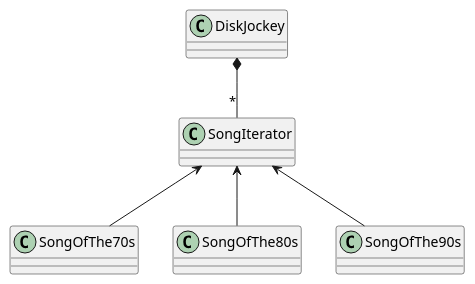
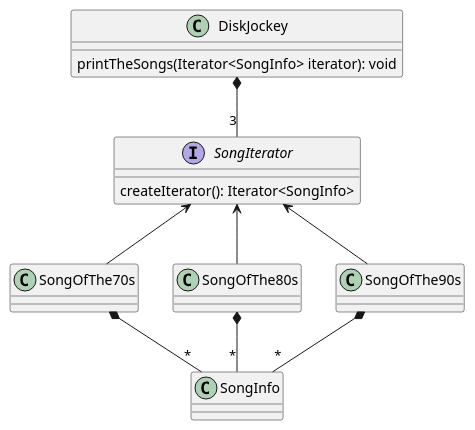
Before and after one commit to yvanross/LOG121-GOF-exemples: the diagram in src/main/java/PatronIterateur/Songs/README.md, drawn with PlantUML. The commit also changed 5 other files, not shown here.

````diff
--- a/src/main/java/PatronIterateur/Songs/README.md
+++ b/src/main/java/PatronIterateur/Songs/README.md
@@ -3,13 +3,22 @@
 ```plantuml
 @startuml
+interface SongIterator {
+  createIterator(): Iterator<SongInfo>
+}
+class DiskJockey{
+  printTheSongs(Iterator<SongInfo> iterator): void
+}
 class SongOfThe70s
 SongOfThe70s-up->SongIterator
 SongOfThe80s-up->SongIterator
 SongOfThe90s-up->SongIterator
 
-DiskJockey *-- "*" SongIterator
+DiskJockey *-- "3" SongIterator
 
+SongOfThe70s*-down- "*" SongInfo
+SongOfThe80s*-down- "*" SongInfo
+SongOfThe90s *-down- "*" SongInfo
 @enduml
 
 
 ```
````
